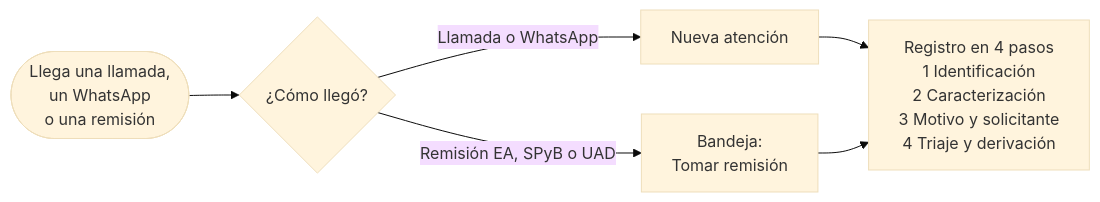
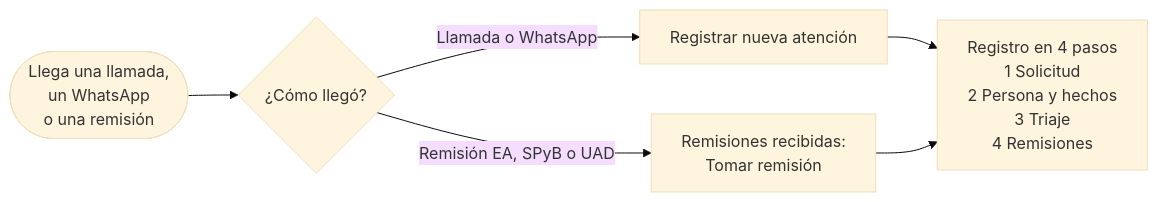
One commit to psiquikam/casilda-frontend changed the first of 4 diagrams in docs/manual-usuario-linea-alma-aph.md. Above: the diagram before and after it, drawn with Mermaid (base theme). The commit also changed other lines of this file and 123 other files, not shown here.

````diff
--- a/docs/manual-usuario-linea-alma-aph.md
+++ b/docs/manual-usuario-linea-alma-aph.md
@@ -75,8 +85,8 @@
 ```mermaid
 flowchart LR
     A([Llega una llamada,<br/>un WhatsApp<br/>o una remisión]) --> B{¿Cómo llegó?}
-    B -- Llamada o WhatsApp --> C[Nueva atención]
-    B -- Remisión EA, SPyB o UAD --> D[Bandeja:<br/>Tomar remisión]
-    C --> E[Registro en 4 pasos<br/>1 Identificación<br/>2 Caracterización<br/>3 Motivo y solicitante<br/>4 Triaje y derivación]
+    B -- Llamada o WhatsApp --> C[Registrar nueva atención]
+    B -- Remisión EA, SPyB o UAD --> D[Remisiones recibidas:<br/>Tomar remisión]
+    C --> E[Registro en 4 pasos<br/>1 Solicitud<br/>2 Persona y hechos<br/>3 Triaje<br/>4 Remisiones]
     D --> E
 ```
````
